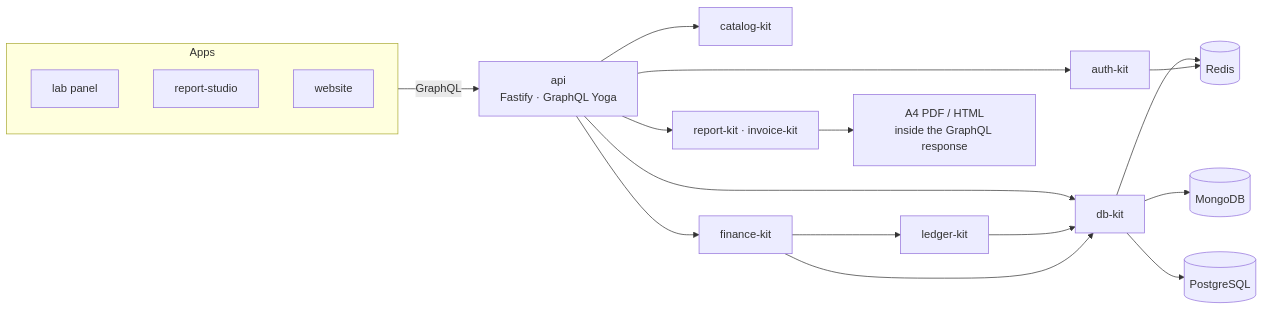
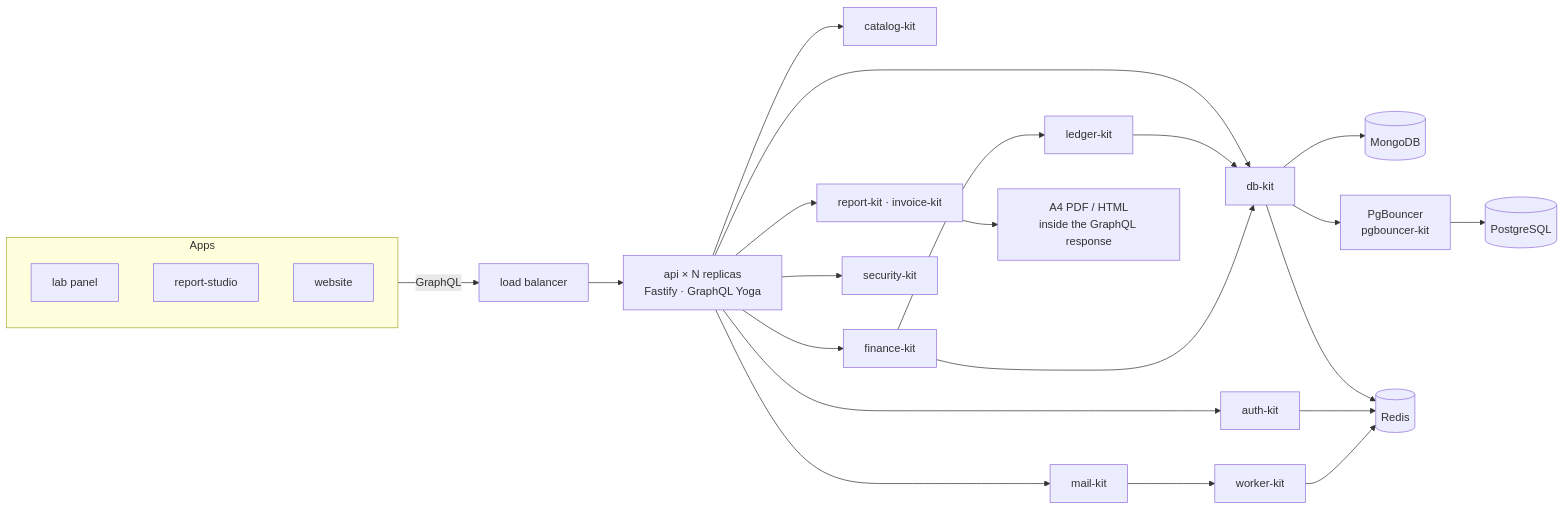
The diagram in profile/README.md (mgpl-diagnostics/.github), drawn with Mermaid before and after one commit. The commit also changed other lines of this file and 2 other files, not shown here.

````diff
--- a/profile/README.md
+++ b/profile/README.md
@@ -131,22 +143,28 @@
 ```mermaid
 flowchart LR
   subgraph Apps
     P[lab panel]
     S[report-studio]
     W[website]
   end
-  Apps -->|"GraphQL"| API["api<br/>Fastify · GraphQL Yoga"]
+  Apps -->|"GraphQL"| LB["load balancer"]
+  LB --> API["api × N replicas<br/>Fastify · GraphQL Yoga"]
   API --> AUTH[auth-kit]
   API --> DB[db-kit]
   API --> CAT[catalog-kit]
   API --> RND["report-kit · invoice-kit"]
   API --> FIN[finance-kit]
+  API --> SEC[security-kit]
+  API --> MAIL[mail-kit]
+  MAIL --> JOBS[worker-kit]
   FIN --> BOOKS[ledger-kit]
   BOOKS --> DB
   FIN --> DB
   DB --> M[(MongoDB)]
-  DB --> PG[(PostgreSQL)]
+  DB --> PGB["PgBouncer<br/>pgbouncer-kit"]
+  PGB --> PG[(PostgreSQL)]
   DB --> R[(Redis)]
   AUTH --> R
+  JOBS --> R
   RND --> PDF["A4 PDF / HTML<br/>inside the GraphQL response"]
 ```
````
